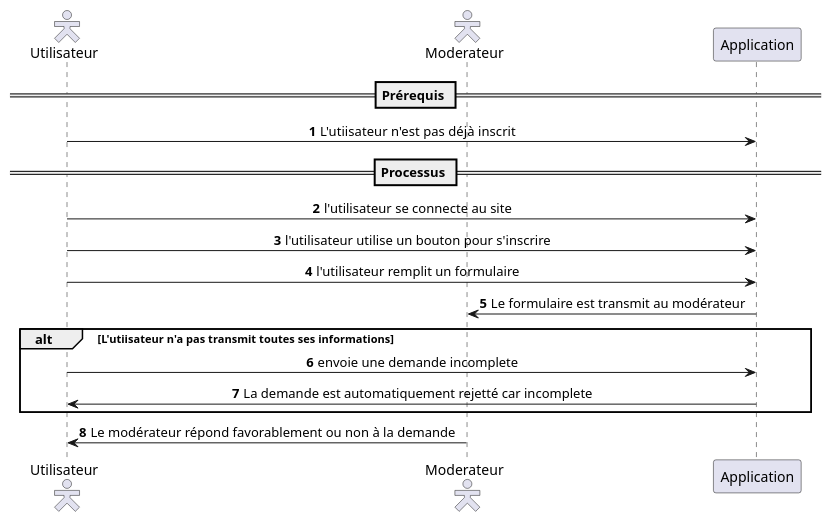
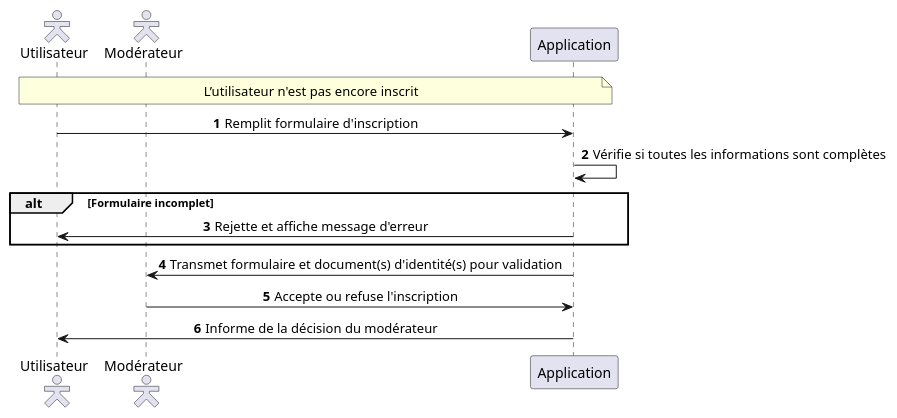
One commit to MinaroliCorentin/PSO changed the diagram in src/Description_des_scenarios_Authentifier_s_inscirire.puml. Above: the diagram before and after it, drawn with PlantUML. The commit also changed 19 other files, not shown here.

Commit message:
Diagramme de séquence de Authentifier et config Utilisateur

```diff
--- a/src/Description_des_scenarios_Authentifier_s_inscirire.puml
+++ b/src/Description_des_scenarios_Authentifier_s_inscirire.puml
@@ -1,25 +1,23 @@
 @startuml
 autonumber
 skinparam sequenceMessageAlign center
 skinparam actorStyle hollow
 
 actor "Utilisateur" as user
-actor "Moderateur" as mod
+actor "Modérateur" as mod
 participant "Application" as app
 
-== Prérequis ==
+note over user, app
+L’utilisateur n'est pas encore inscrit
+end note
 
-user -> app : L'utiisateur n'est pas déjà inscrit
+user -> app : Remplit formulaire d'inscription
+app -> app : Vérifie si toutes les informations sont complètes
+alt Formulaire incomplet
+    app -> user : Rejette et affiche message d'erreur
+end
+    app -> mod : Transmet formulaire et document(s) d'identité(s) pour validation
+    mod -> app : Accepte ou refuse l'inscription
+    app -> user : Informe de la décision du modérateur
 
-== Processus ==
-
-user -> app : l'utilisateur se connecte au site
-user -> app : l'utilisateur utilise un bouton pour s'inscrire
-user -> app : l'utilisateur remplit un formulaire
-app -> mod : Le formulaire est transmit au modérateur
-alt L'utiisateur n'a pas transmit toutes ses informations
-    user -> app : envoie une demande incomplete
-    app -> user : La demande est automatiquement rejetté car incomplete
-end
-mod -> user : Le modérateur répond favorablement ou non à la demande
 @enduml
```
